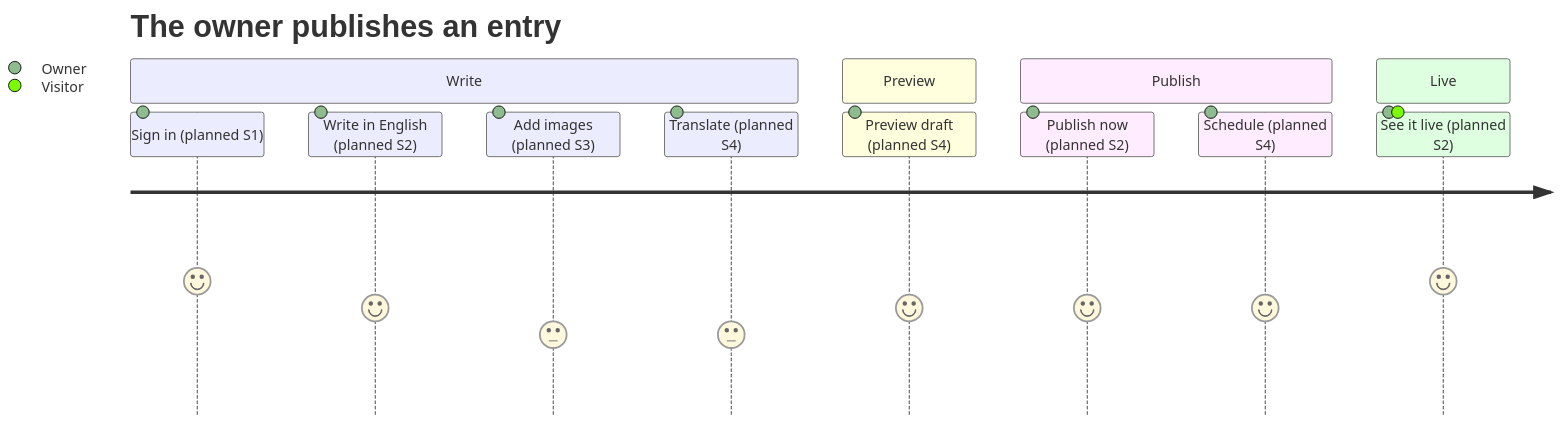
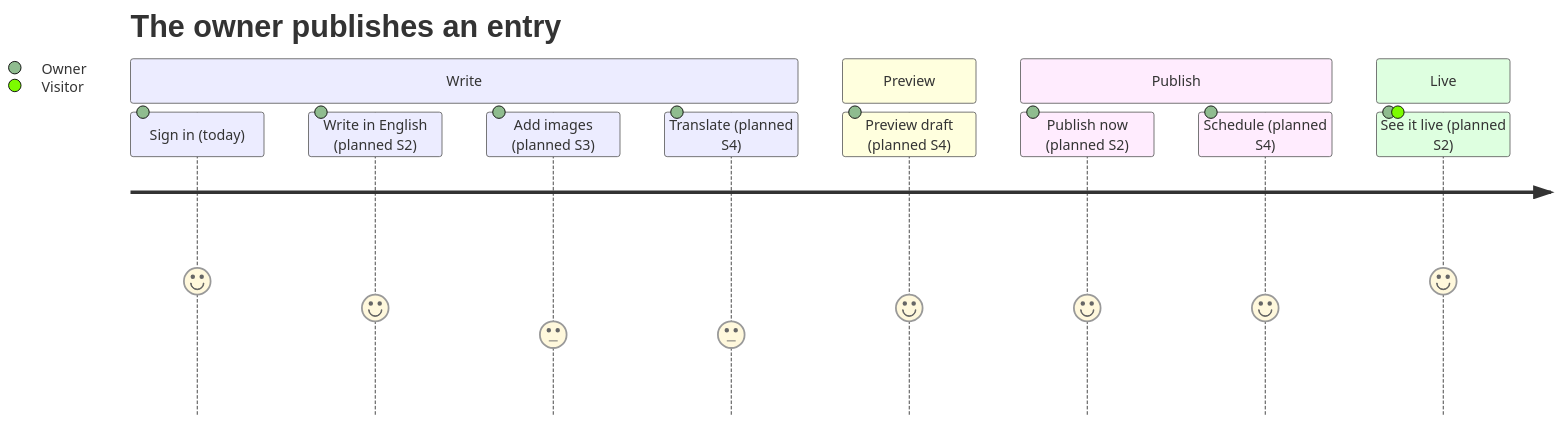
Before and after one commit to ycmcuenca/ycmcuenca-core: the fourth of 4 diagrams in docs/USER_JOURNEY.md, drawn with Mermaid. The commit also changed other lines of this file and 3 other files, not shown here.

````diff
--- a/docs/USER_JOURNEY.md
+++ b/docs/USER_JOURNEY.md
@@ -102,16 +102,16 @@
 ```mermaid
 journey
     title The owner publishes an entry
     section Write
-      Sign in (planned S1): 5: Owner
+      Sign in (today): 5: Owner
       Write in English (planned S2): 4: Owner
       Add images (planned S3): 3: Owner
       Translate (planned S4): 3: Owner
     section Preview
       Preview draft (planned S4): 4: Owner
     section Publish
       Publish now (planned S2): 4: Owner
       Schedule (planned S4): 4: Owner
     section Live
       See it live (planned S2): 5: Owner, Visitor
 ```
````
